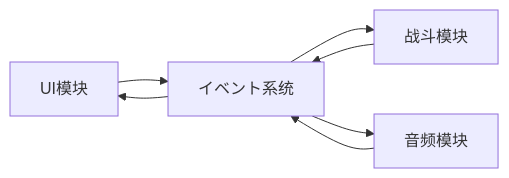
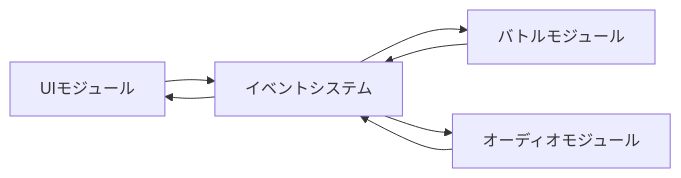
One commit to AlianBlank/GameFrameX.Docs changed the fifth of 6 diagrams in docs/ja/client/unity/component/event/04.features.md. Above: the diagram before and after it, drawn with Mermaid. The commit also changed other lines of this file and 320 other files, not shown here.

````diff
--- a/docs/ja/client/unity/component/event/04.features.md
+++ b/docs/ja/client/unity/component/event/04.features.md
@@ -328,10 +328,10 @@
 ```mermaid
 flowchart LR
-    UI[UI模块] --> E[イベント系统]
-    Battle[战斗模块] --> E
-    Audio[音频模块] --> E
-    
+    UI[UIモジュール] --> E[イベントシステム]
+    Battle[バトルモジュール] --> E
+    Audio[オーディオモジュール] --> E
+
     E --> UI
     E --> Battle
     E --> Audio
 ```
````
